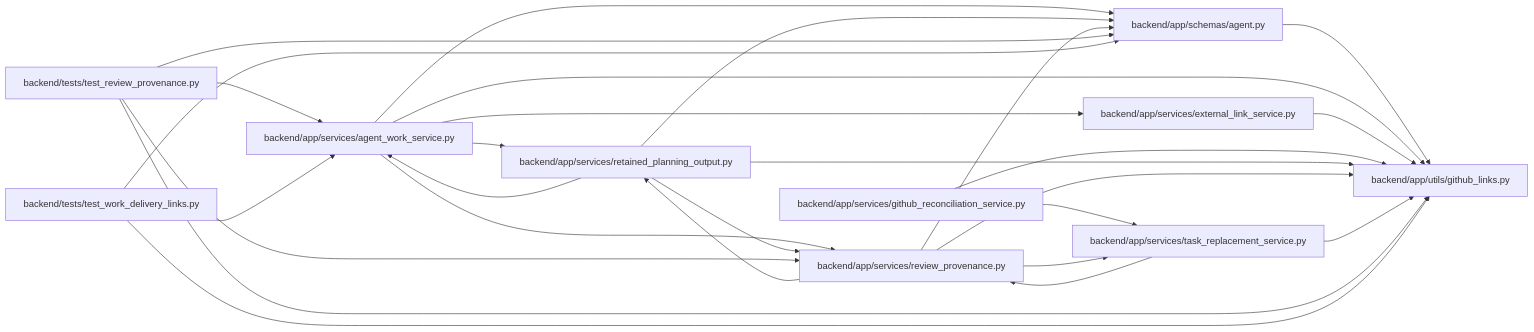
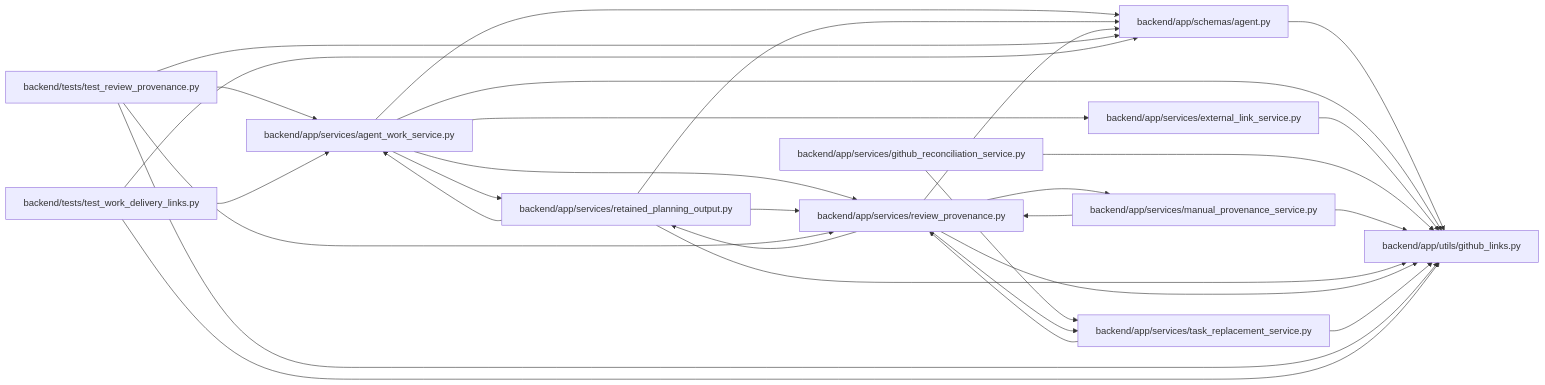
Before and after one commit to Denissvgn/WorkChord: the diagram in docs/llm_wiki/modules/github_links.md, drawn with Mermaid. The commit also changed other lines of this file and 880 other files, not shown here.

Commit message:
Sync the architectural wiki for manual execution provenance

````diff
--- a/docs/llm_wiki/modules/github_links.md
+++ b/docs/llm_wiki/modules/github_links.md
@@ -22,49 +22,54 @@
 ```mermaid
 flowchart LR
     n0["backend/app/schemas/agent.py"]
     n1["backend/app/services/agent_work_service.py"]
     n2["backend/app/services/external_link_service.py"]
     n3["backend/app/services/github_reconciliation_service.py"]
-    n4["backend/app/services/retained_planning_output.py"]
-    n5["backend/app/services/review_provenance.py"]
-    n6["backend/app/services/task_replacement_service.py"]
-    n7["backend/app/utils/github_links.py"]
-    n8["backend/tests/test_review_provenance.py"]
-    n9["backend/tests/test_work_delivery_links.py"]
-    n0 --> n7
+    n4["backend/app/services/manual_provenance_service.py"]
+    n5["backend/app/services/retained_planning_output.py"]
+    n6["backend/app/services/review_provenance.py"]
+    n7["backend/app/services/task_replacement_service.py"]
+    n8["backend/app/utils/github_links.py"]
+    n9["backend/tests/test_review_provenance.py"]
+    n10["backend/tests/test_work_delivery_links.py"]
+    n0 --> n8
     n1 --> n0
     n1 --> n2
-    n1 --> n4
     n1 --> n5
-    n1 --> n7
-    n2 --> n7
-    n3 --> n6
+    n1 --> n6
+    n1 --> n8
+    n2 --> n8
     n3 --> n7
-    n4 --> n0
-    n4 --> n1
-    n4 --> n5
-    n4 --> n7
+    n3 --> n8
+    n4 --> n6
+    n4 --> n8
     n5 --> n0
-    n5 --> n4
+    n5 --> n1
     n5 --> n6
-    n5 --> n7
+    n5 --> n8
+    n6 --> n0
+    n6 --> n4
     n6 --> n5
     n6 --> n7
-    n8 --> n0
-    n8 --> n1
-    n8 --> n5
-    n8 --> n7
+    n6 --> n8
+    n7 --> n6
+    n7 --> n8
     n9 --> n0
     n9 --> n1
-    n9 --> n7
+    n9 --> n6
+    n9 --> n8
+    n10 --> n0
+    n10 --> n1
+    n10 --> n8
     click n0 "../modules/schemas_agent.md"
     click n1 "../modules/agent_work_service.md"
     click n2 "../modules/external_link_service.md"
     click n3 "../modules/github_reconciliation_service.md"
-    click n4 "../modules/retained_planning_output.md"
-    click n5 "../modules/review_provenance.md"
-    click n6 "../modules/task_replacement_service.md"
-    click n7 "../modules/github_links.md"
-    click n8 "../modules/test_review_provenance.md"
-    click n9 "../modules/test_work_delivery_links.md"
+    click n4 "../modules/manual_provenance_service.md"
+    click n5 "../modules/retained_planning_output.md"
+    click n6 "../modules/review_provenance.md"
+    click n7 "../modules/task_replacement_service.md"
+    click n8 "../modules/github_links.md"
+    click n9 "../modules/test_review_provenance.md"
+    click n10 "../modules/test_work_delivery_links.md"
 ```
````
